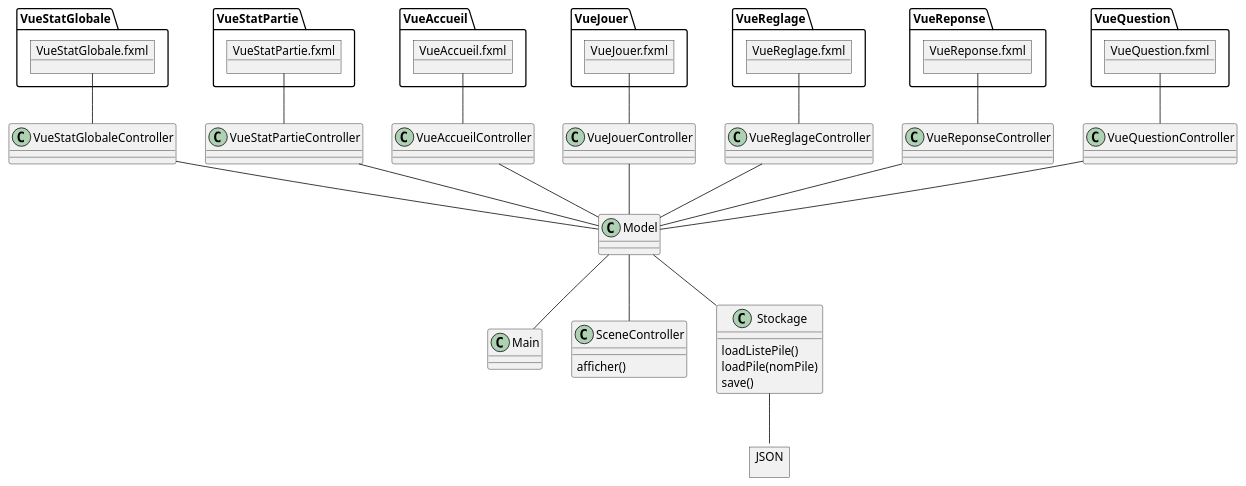
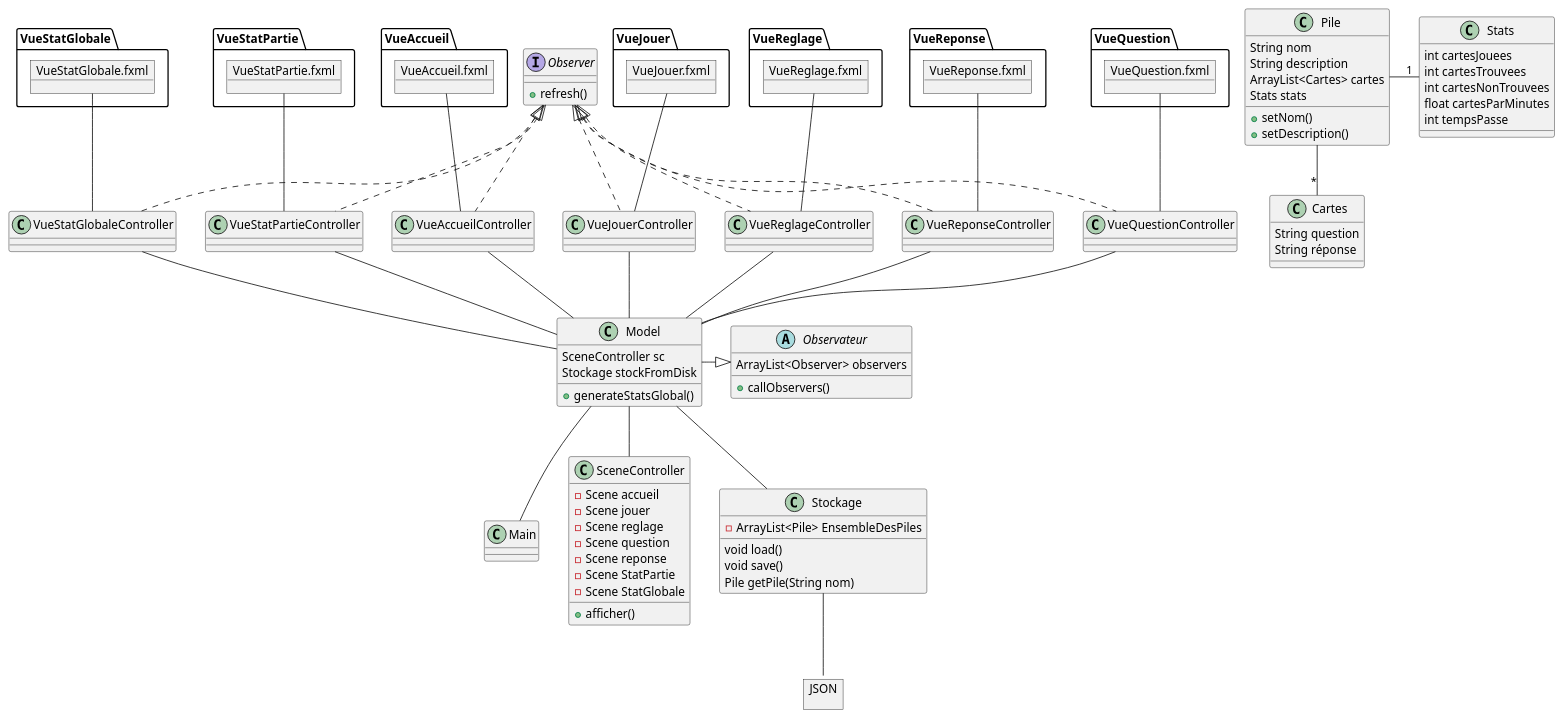
Before and after one commit to smarsou/academic-javafx-project: the diagram in gp/classDiag.puml, drawn with PlantUML. The commit also changed 1 other file, not shown here.

Commit message:
Diagramme de classe

```diff
--- a/gp/classDiag.puml
+++ b/gp/classDiag.puml
@@ -1,105 +1,150 @@
 @startuml
 
+class Main{
 
-class Main {
+}
+
+interface Observer{
+    +refresh()
+}
+
+abstract Observateur{
+    ArrayList<Observer> observers
+    +callObservers()
+}
+
+class Model{
+
+  SceneController sc
+  Stockage stockFromDisk
+  +generateStatsGlobal()
   
 }
 
-class Model {
-
-}
-
-class SceneController {
-afficher()
+class SceneController{
+    -Scene accueil
+    -Scene jouer
+    -Scene reglage
+    -Scene question
+    -Scene reponse
+    -Scene StatPartie
+    -Scene StatGlobale
++afficher()
 }
 
 class Stockage {
-loadListePile()
-loadPile(nomPile)
-save()
-
+- ArrayList<Pile> EnsembleDesPiles
+void load()
+void save()
+Pile getPile(String nom)
 }
 
 json JSON {
 
 }
 
-class VueStatGlobaleController {
+class VueStatGlobaleController implements Observer{
 
 }
 
 object VueStatGlobale.fxml {
 
 }
 
-class VueStatPartieController {
+class VueStatPartieController implements Observer{
 
 }
 
 object VueStatPartie.fxml {
 
 }
 
-class VueAccueilController {
+class VueAccueilController implements Observer{
 
 }
 
 object VueAccueil.fxml {
 
 }
 
-class VueJouerController {
+class VueJouerController implements Observer{
 
 }
 
 object VueJouer.fxml {
 
 }
 
-class VueReglageController {
+class VueReglageController implements Observer{
 
 }
 
 object VueReglage.fxml {
 
 }
 
-class VueReponseController {
+class VueReponseController implements Observer{
 
 }
 
 object VueReponse.fxml {
 
 }
 
-class VueQuestionController {
+class VueQuestionController implements Observer{
 
 }
+
+class Pile{
+    String nom
+    String description 
+    ArrayList<Cartes> cartes
+    Stats stats
+    +setNom()
+    +setDescription()
+}
+
+class Cartes{
+    String question
+    String réponse 
+}
+
+class Stats{
+    int cartesJouees
+    int cartesTrouvees
+    int cartesNonTrouvees
+    float cartesParMinutes
+    int tempsPasse
+}
+
 
 object VueQuestion.fxml {
 
 }
 
+Pile -down- "*" Cartes
+Pile -right- "1" Stats
 
 Main -up- Model
+Model -right-|> Observateur
 SceneController -up- Model
 Stockage -up- Model
 Stockage -- JSON
 
 VueQuestionController -- Model
 VueReponseController -- Model
 VueStatGlobaleController -- Model
 VueStatPartieController -- Model
 VueAccueilController -- Model
 VueJouerController -- Model
 VueReglageController -- Model
 
 VueQuestionController -up- VueQuestion.fxml
 VueReponseController -up- VueReponse.fxml
 VueStatGlobaleController -up- VueStatGlobale.fxml
 VueStatPartieController -up- VueStatPartie.fxml
 VueAccueilController -up- VueAccueil.fxml
 VueJouerController -up- VueJouer.fxml
 VueReglageController -up- VueReglage.fxml
 
 @enduml
```
